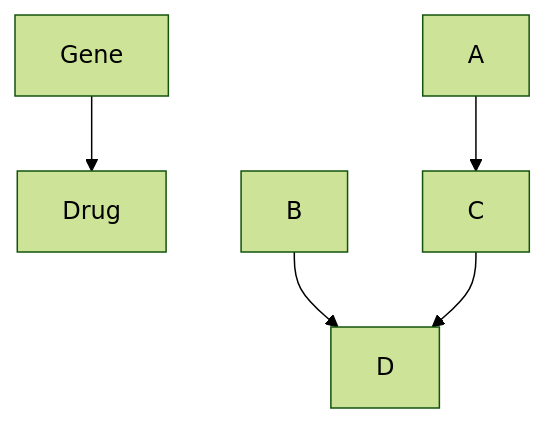
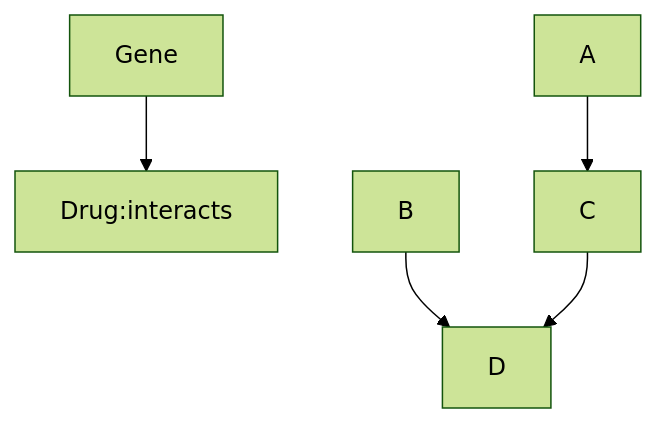
The diagram in README.md (ersilia-os/pharmacogx-embeddings), drawn with Mermaid (forest theme) before and after one commit.

````diff
--- a/README.md
+++ b/README.md
@@ -25,7 +25,7 @@
 ```mermaid
 graph TD;
-    Gene-->Drug;
+    Gene-->Drug:interacts;
     A-->C;
     B-->D;
     C-->D;
 ```
````
